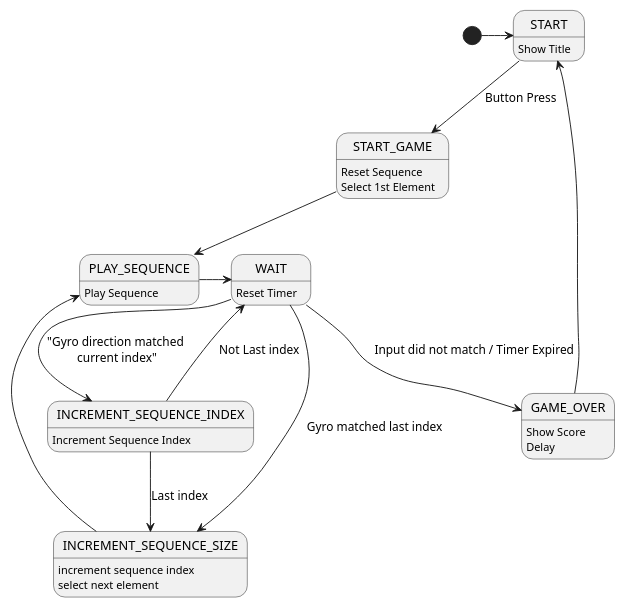
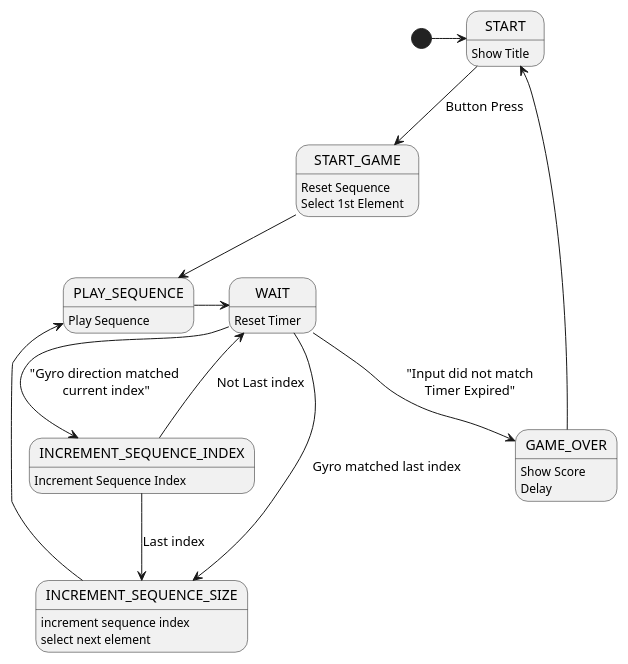
Before and after one commit to tnhabib/making_embedded_systems: the diagram in week4/gyroStateDiag.iuml, drawn with PlantUML.

```diff
--- a/week4/gyroStateDiag.iuml
+++ b/week4/gyroStateDiag.iuml
@@ -2,26 +2,26 @@
 @startuml
 scale 600 width
 
 [*] -> START
 START: Show Title
 START --> START_GAME : Button Press
 START_GAME: Reset Sequence
 START_GAME: Select 1st Element
 START_GAME --> PLAY_SEQUENCE
 PLAY_SEQUENCE: Play Sequence
 PLAY_SEQUENCE-> WAIT
 WAIT: Reset Timer
-WAIT --> GAME_OVER : Input did not match / Timer Expired
+WAIT --> GAME_OVER : "Input did not match\nTimer Expired"
 GAME_OVER: Show Score
 GAME_OVER: Delay
 GAME_OVER-> START
 WAIT-->INCREMENT_SEQUENCE_INDEX: "Gyro direction matched\n current index"
 WAIT-->INCREMENT_SEQUENCE_SIZE: Gyro matched last index
 INCREMENT_SEQUENCE_INDEX: Increment Sequence Index
 INCREMENT_SEQUENCE_INDEX-> WAIT: Not Last index
 INCREMENT_SEQUENCE_INDEX--> INCREMENT_SEQUENCE_SIZE: Last index
 INCREMENT_SEQUENCE_SIZE: increment sequence index
 INCREMENT_SEQUENCE_SIZE: select next element
 INCREMENT_SEQUENCE_SIZE-> PLAY_SEQUENCE
 
 @end_uml
```
